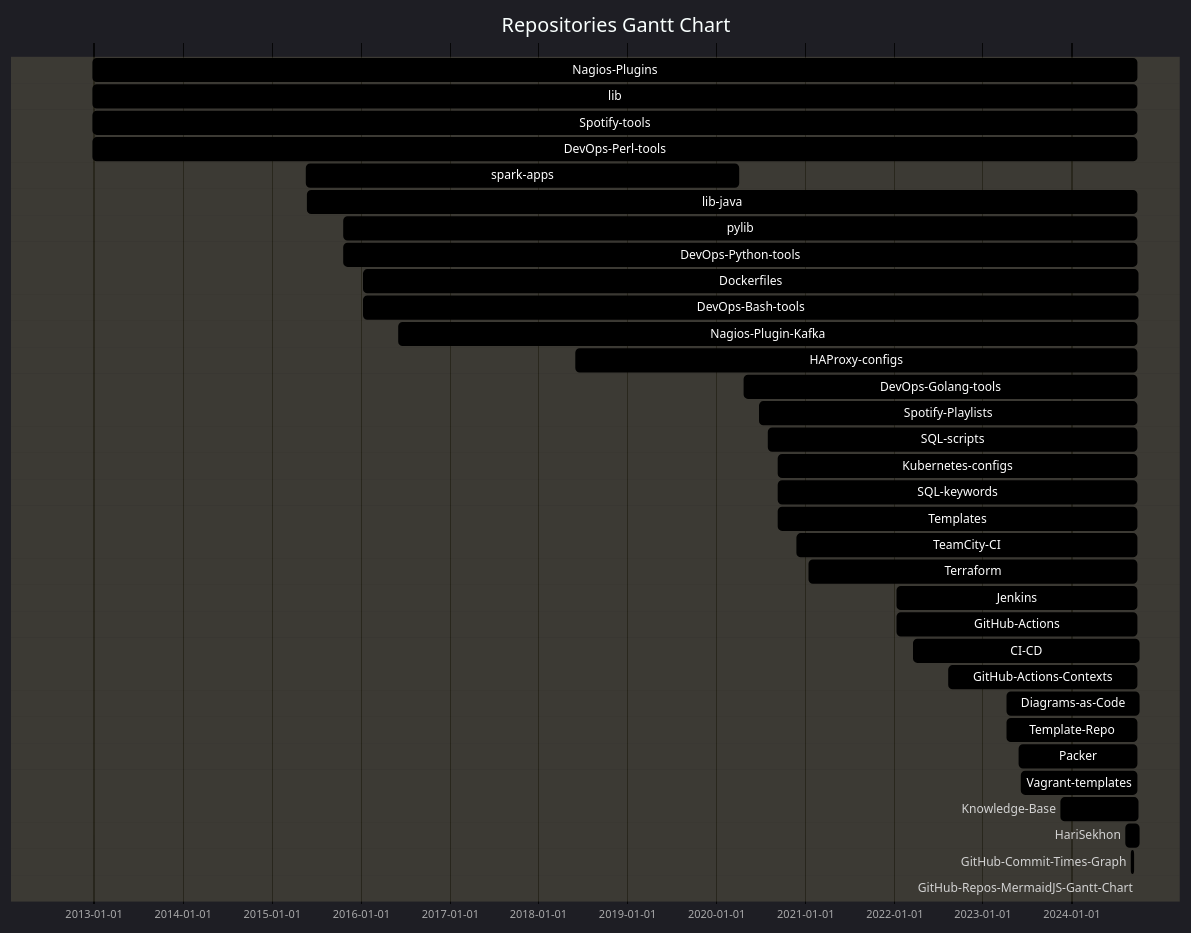
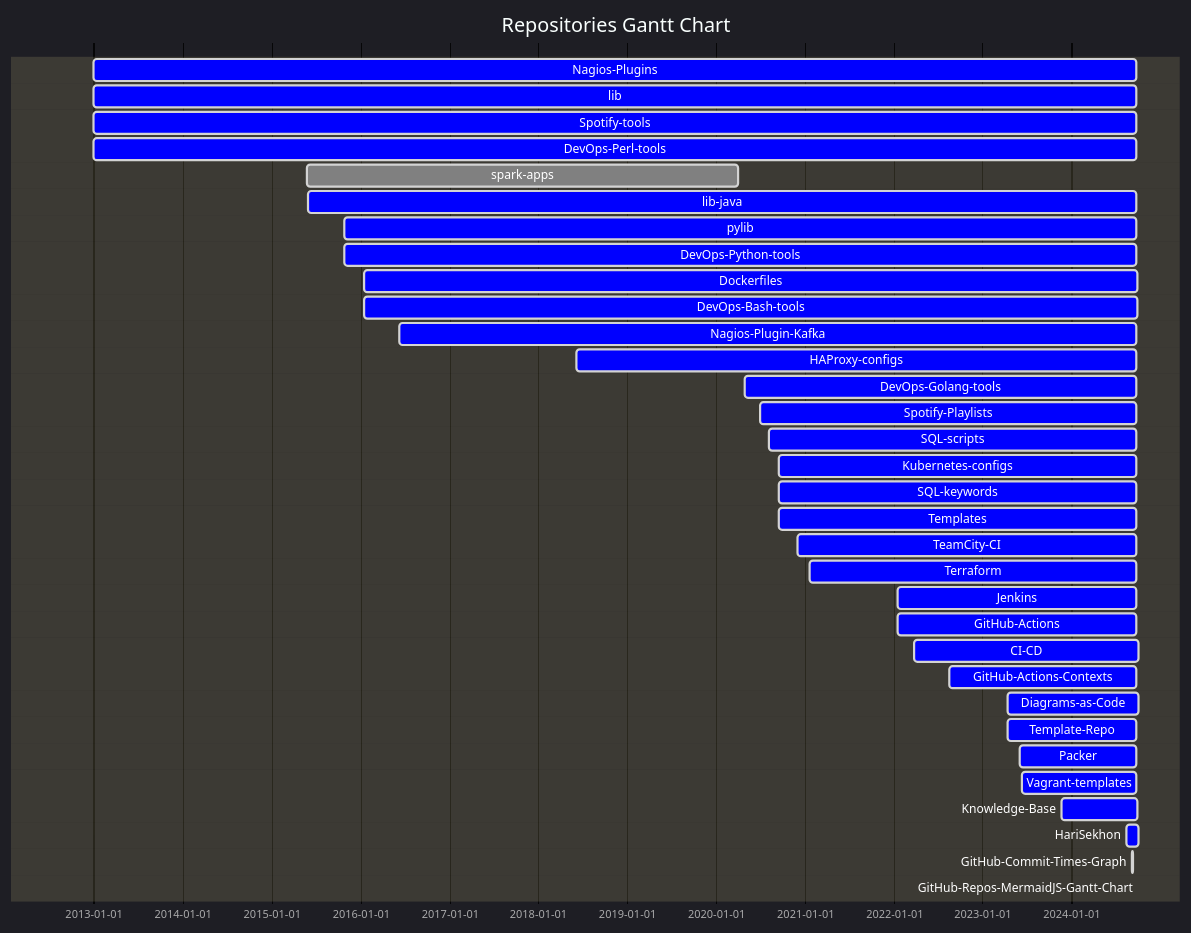
One commit to HariSekhon/GitHub-Repos-MermaidJS-Gantt-Chart changed the diagram in README.md. Above: the diagram before and after it, drawn with Mermaid. The commit also changed other lines of this file, not shown here.

````diff
--- a/README.md
+++ b/README.md
@@ -163,55 +163,55 @@
 ```mermaid
 %%{ init: {
         "logLevel": "debug",
         'theme': 'dark',
         'themeVariables': {
           'activeTaskBkgColor': '#0000ff',
           'activeTaskBorderColor': 'lightgrey',
           'critBorderColor': 'lightgrey',
           'doneTaskBkgColor': 'grey',
           'doneTaskBorderColor': 'lightgrey',
           'taskBkgColor': 'black',
           'taskBorderColor': 'black',
           'taskTextColor': 'white',
           'taskTextDarkColor': 'white',
           'taskTextLightColor': 'black',
           'todayLineColor': 'red'
         }
     }
 }%%
 gantt
     dateFormat  YYYY-MM-DD
     title Repositories Gantt Chart
-    Nagios-Plugins : 2012-12-30, 2012-12-30, 2024-09-22
-    lib : 2012-12-30, 2012-12-30, 2024-09-22
-    Spotify-tools : 2012-12-30, 2012-12-30, 2024-09-22
-    DevOps-Perl-tools : 2012-12-30, 2012-12-30, 2024-09-22
-    spark-apps : 2015-05-25, 2015-05-25, 2020-04-02
-    lib-java : 2015-05-31, 2015-05-31, 2024-09-22
-    pylib : 2015-10-27, 2015-10-27, 2024-09-23
-    DevOps-Python-tools : 2015-10-27, 2015-10-27, 2024-09-23
-    Dockerfiles : 2016-01-17, 2016-01-17, 2024-09-28
-    DevOps-Bash-tools : 2016-01-17, 2016-01-17, 2024-09-28
-    Nagios-Plugin-Kafka : 2016-06-07, 2016-06-07, 2024-09-22
-    HAProxy-configs : 2018-06-08, 2018-06-08, 2024-09-22
-    DevOps-Golang-tools : 2020-04-30, 2020-04-30, 2024-09-22
-    Spotify-Playlists : 2020-06-29, 2020-06-29, 2024-09-22
-    SQL-scripts : 2020-08-05, 2020-08-05, 2024-09-21
-    Kubernetes-configs : 2020-09-16, 2020-09-16, 2024-09-21
-    SQL-keywords : 2020-09-16, 2020-09-16, 2024-09-21
-    Templates : 2020-09-16, 2020-09-16, 2024-09-25
-    TeamCity-CI : 2020-12-03, 2020-12-03, 2024-09-21
-    Terraform : 2021-01-18, 2021-01-18, 2024-09-21
-    Jenkins : 2022-01-17, 2022-01-17, 2024-09-23
-    GitHub-Actions : 2022-01-17, 2022-01-17, 2024-09-22
-    CI-CD : 2022-03-25, 2022-03-25, 2024-10-01
-    GitHub-Actions-Contexts : 2022-08-17, 2022-08-17, 2024-09-21
-    Diagrams-as-Code : 2023-04-14, 2023-04-14, 2024-10-02
-    Template-Repo : 2023-04-15, 2023-04-15, 2024-09-22
-    Packer : 2023-06-02, 2023-06-02, 2024-09-21
-    Vagrant-templates : 2023-06-12, 2023-06-12, 2024-09-21
-    Knowledge-Base : 2023-11-22, 2023-11-22, 2024-09-29
-    HariSekhon : 2024-08-14, 2024-08-14, 2024-10-02
-    GitHub-Commit-Times-Graph : 2024-09-07, 2024-09-07, 2024-09-08
-    GitHub-Repos-MermaidJS-Gantt-Chart : 2024-10-02, 2024-10-02, 2024-10-02
+    Nagios-Plugins : active, 2012-12-30, 2024-09-22
+    lib : active, 2012-12-30, 2024-09-22
+    Spotify-tools : active, 2012-12-30, 2024-09-22
+    DevOps-Perl-tools : active, 2012-12-30, 2024-09-22
+    spark-apps : done, 2015-05-25, 2020-04-02
+    lib-java : active, 2015-05-31, 2024-09-22
+    pylib : active, 2015-10-27, 2024-09-23
+    DevOps-Python-tools : active, 2015-10-27, 2024-09-23
+    Dockerfiles : active, 2016-01-17, 2024-09-28
+    DevOps-Bash-tools : active, 2016-01-17, 2024-09-28
+    Nagios-Plugin-Kafka : active, 2016-06-07, 2024-09-22
+    HAProxy-configs : active, 2018-06-08, 2024-09-22
+    DevOps-Golang-tools : active, 2020-04-30, 2024-09-22
+    Spotify-Playlists : active, 2020-06-29, 2024-09-22
+    SQL-scripts : active, 2020-08-05, 2024-09-21
+    Kubernetes-configs : active, 2020-09-16, 2024-09-21
+    SQL-keywords : active, 2020-09-16, 2024-09-21
+    Templates : active, 2020-09-16, 2024-09-25
+    TeamCity-CI : active, 2020-12-03, 2024-09-21
+    Terraform : active, 2021-01-18, 2024-09-21
+    Jenkins : active, 2022-01-17, 2024-09-23
+    GitHub-Actions : active, 2022-01-17, 2024-09-22
+    CI-CD : active, 2022-03-25, 2024-10-01
+    GitHub-Actions-Contexts : active, 2022-08-17, 2024-09-21
+    Diagrams-as-Code : active, 2023-04-14, 2024-10-02
+    Template-Repo : active, 2023-04-15, 2024-09-22
+    Packer : active, 2023-06-02, 2024-09-21
+    Vagrant-templates : active, 2023-06-12, 2024-09-21
+    Knowledge-Base : active, 2023-11-22, 2024-09-29
+    HariSekhon : active, 2024-08-14, 2024-10-02
+    GitHub-Commit-Times-Graph : active, 2024-09-07, 2024-09-08
+    GitHub-Repos-MermaidJS-Gantt-Chart : active, 2024-10-02, 2024-10-02
 ```
````
